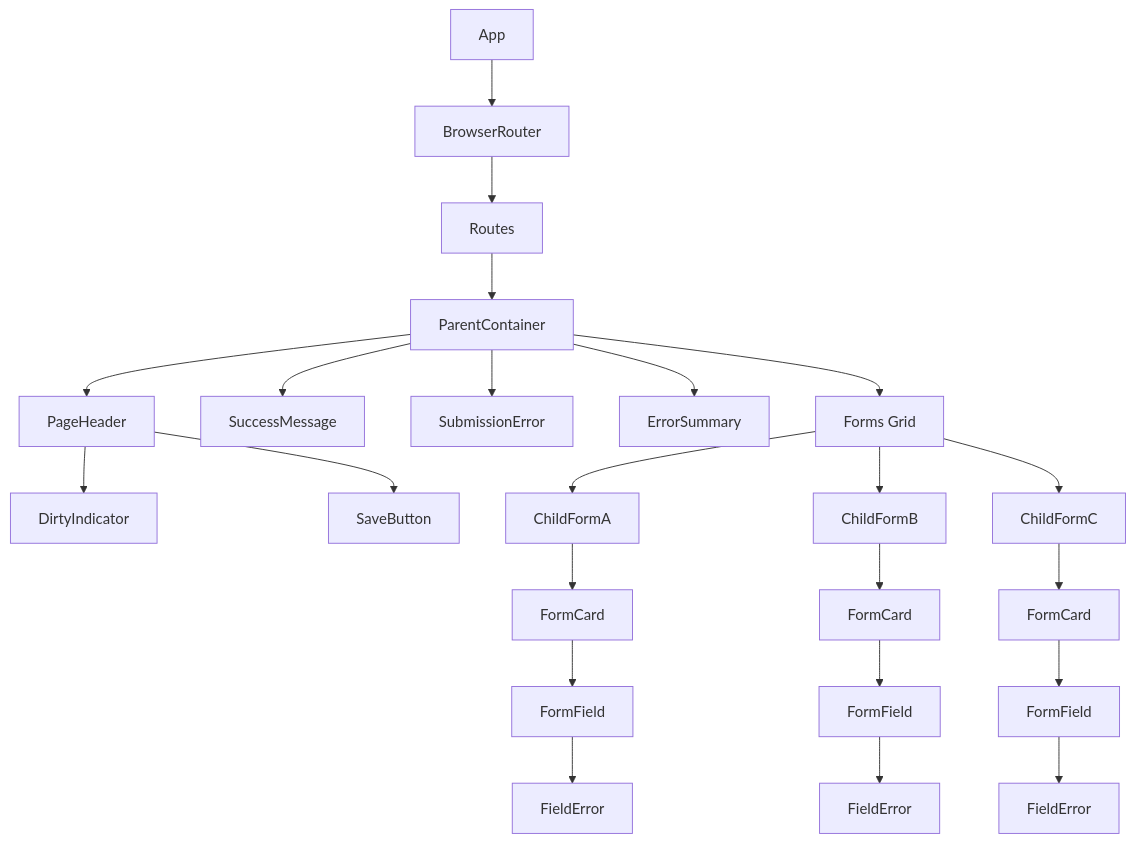
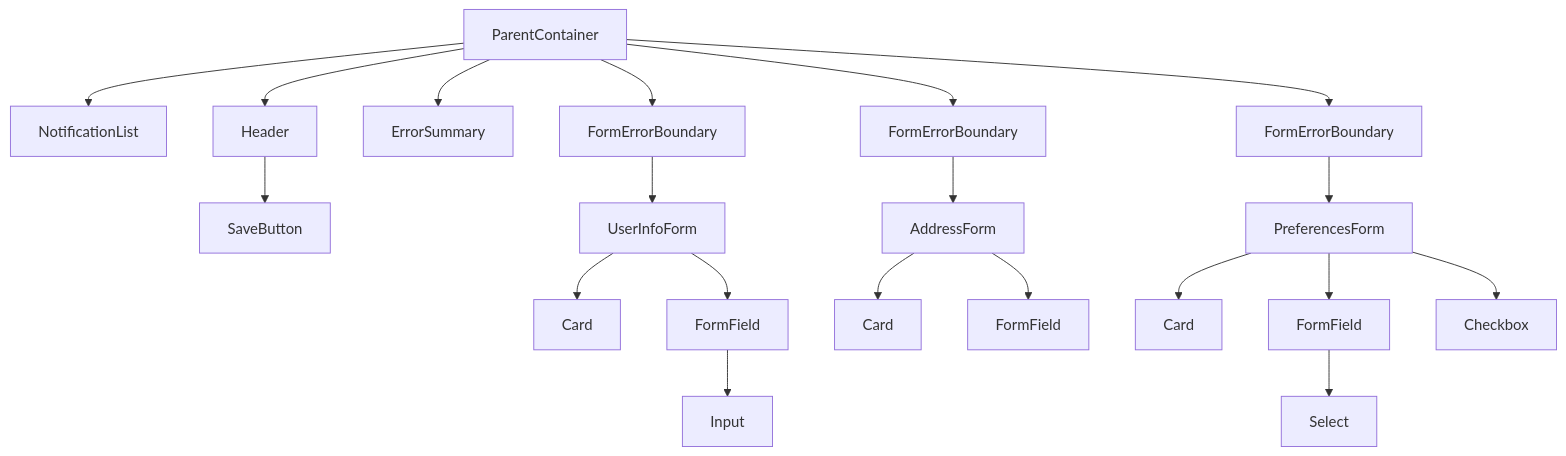
One commit to cebartling/react-experiments changed the diagram in multi-form-save-experiment/documentation/implementation-plans/IMPL-005-ui-components.md. Above: the diagram before and after it, drawn with Mermaid. The commit also changed other lines of this file and 8 other files, not shown here.

First line of the commit message:
docs: add implementation plans for FEATURE-001 multi-form save (#149)

````diff
--- a/multi-form-save-experiment/documentation/implementation-plans/IMPL-005-ui-components.md
+++ b/multi-form-save-experiment/documentation/implementation-plans/IMPL-005-ui-components.md
@@ -691,32 +840,26 @@
 ```mermaid
 graph TD
-    App[App]
-    App --> Router[BrowserRouter]
-    Router --> Routes[Routes]
-    Routes --> PC[ParentContainer]
+    A[ParentContainer] --> B[NotificationList]
+    A --> C[Header]
+    C --> D[SaveButton]
+    A --> E[ErrorSummary]
+    A --> F[FormErrorBoundary]
+    A --> G[FormErrorBoundary]
+    A --> H[FormErrorBoundary]
 
-    PC --> PH[PageHeader]
-    PC --> SM[SuccessMessage]
-    PC --> SE[SubmissionError]
-    PC --> ES[ErrorSummary]
-    PC --> Forms[Forms Grid]
+    F --> I[UserInfoForm]
+    G --> J[AddressForm]
+    H --> K[PreferencesForm]
 
-    PH --> DI[DirtyIndicator]
-    PH --> SB[SaveButton]
+    I --> L[Card]
+    I --> M[FormField]
+    M --> N[Input]
 
-    Forms --> CFA[ChildFormA]
-    Forms --> CFB[ChildFormB]
-    Forms --> CFC[ChildFormC]
+    J --> O[Card]
+    J --> P[FormField]
 
-    CFA --> FC1[FormCard]
-    CFB --> FC2[FormCard]
-    CFC --> FC3[FormCard]
-
-    FC1 --> FF1[FormField]
-    FC2 --> FF2[FormField]
-    FC3 --> FF3[FormField]
-
-    FF1 --> FE1[FieldError]
-    FF2 --> FE2[FieldError]
-    FF3 --> FE3[FieldError]
+    K --> Q[Card]
+    K --> R[FormField]
+    R --> S[Select]
+    K --> T[Checkbox]
 ```
````
